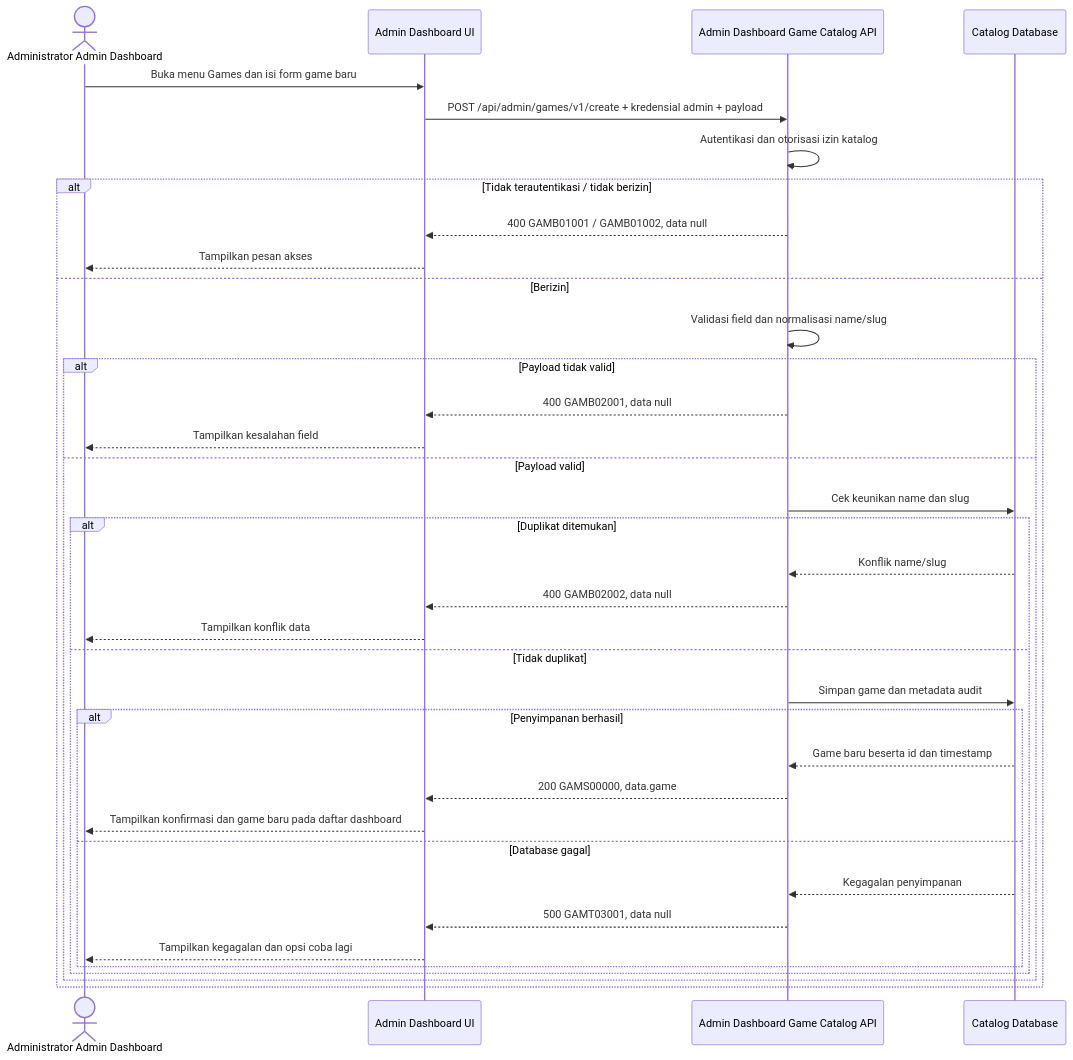
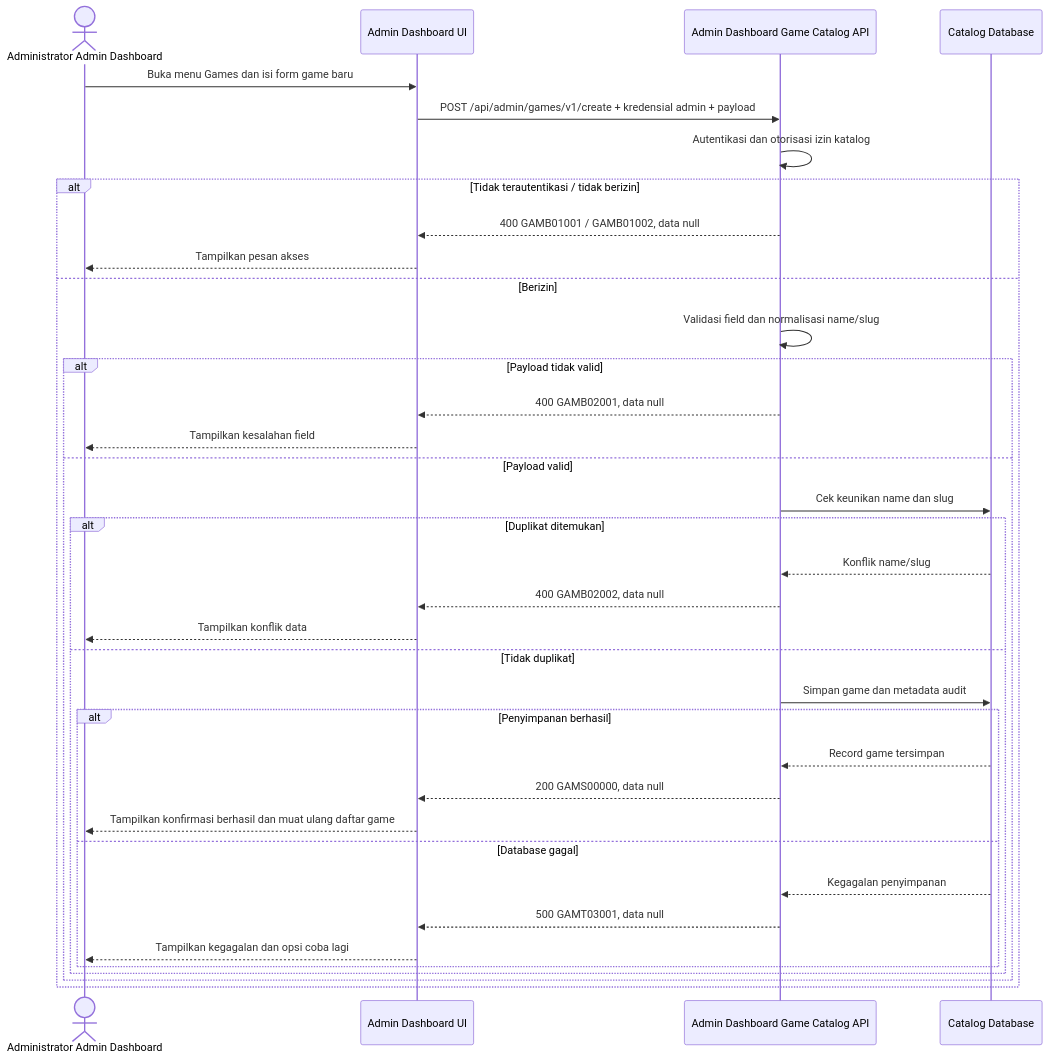
One commit to fatihmuhamadridho/docs-game-service-platform changed the diagram in sprint-1/solutioning/dashboard/games/create-game.md. Above: the diagram before and after it, drawn with Mermaid. The commit also changed other lines of this file and 22 other files, not shown here.

````diff
--- a/sprint-1/solutioning/dashboard/games/create-game.md
+++ b/sprint-1/solutioning/dashboard/games/create-game.md
@@ -14,38 +14,38 @@
 ```mermaid
 sequenceDiagram
     actor Admin as Administrator Admin Dashboard
     participant UI as Admin Dashboard UI
     participant API as Admin Dashboard Game Catalog API
     participant DB as Catalog Database
     Admin->>UI: Buka menu Games dan isi form game baru
     UI->>API: POST /api/admin/games/v1/create + kredensial admin + payload
     API->>API: Autentikasi dan otorisasi izin katalog
     alt Tidak terautentikasi / tidak berizin
         API-->>UI: 400 GAMB01001 / GAMB01002, data null
         UI-->>Admin: Tampilkan pesan akses
     else Berizin
         API->>API: Validasi field dan normalisasi name/slug
         alt Payload tidak valid
             API-->>UI: 400 GAMB02001, data null
             UI-->>Admin: Tampilkan kesalahan field
         else Payload valid
             API->>DB: Cek keunikan name dan slug
             alt Duplikat ditemukan
                 DB-->>API: Konflik name/slug
                 API-->>UI: 400 GAMB02002, data null
                 UI-->>Admin: Tampilkan konflik data
             else Tidak duplikat
                 API->>DB: Simpan game dan metadata audit
                 alt Penyimpanan berhasil
-                    DB-->>API: Game baru beserta id dan timestamp
-                    API-->>UI: 200 GAMS00000, data.game
-                    UI-->>Admin: Tampilkan konfirmasi dan game baru pada daftar dashboard
+                    DB-->>API: Record game tersimpan
+                    API-->>UI: 200 GAMS00000, data null
+                    UI-->>Admin: Tampilkan konfirmasi berhasil dan muat ulang daftar game
                 else Database gagal
                     DB-->>API: Kegagalan penyimpanan
                     API-->>UI: 500 GAMT03001, data null
                     UI-->>Admin: Tampilkan kegagalan dan opsi coba lagi
                 end
             end
         end
     end
 ```
````
